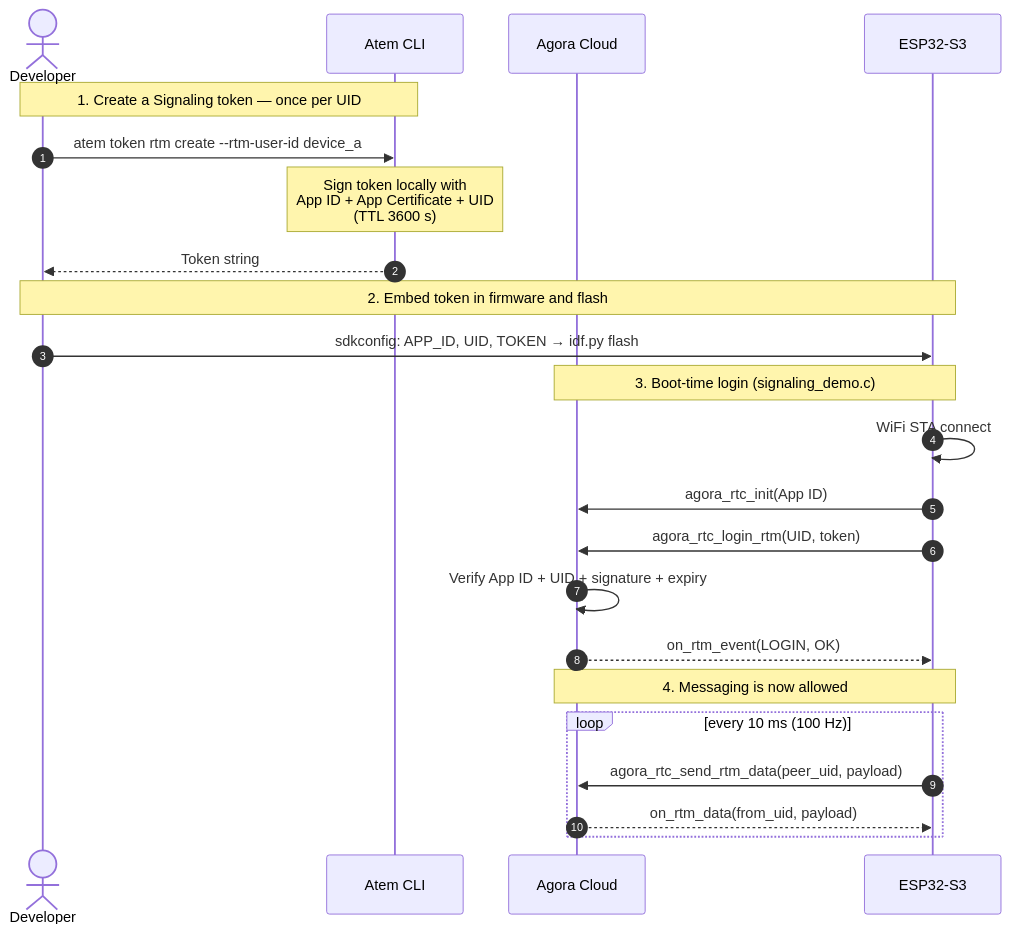
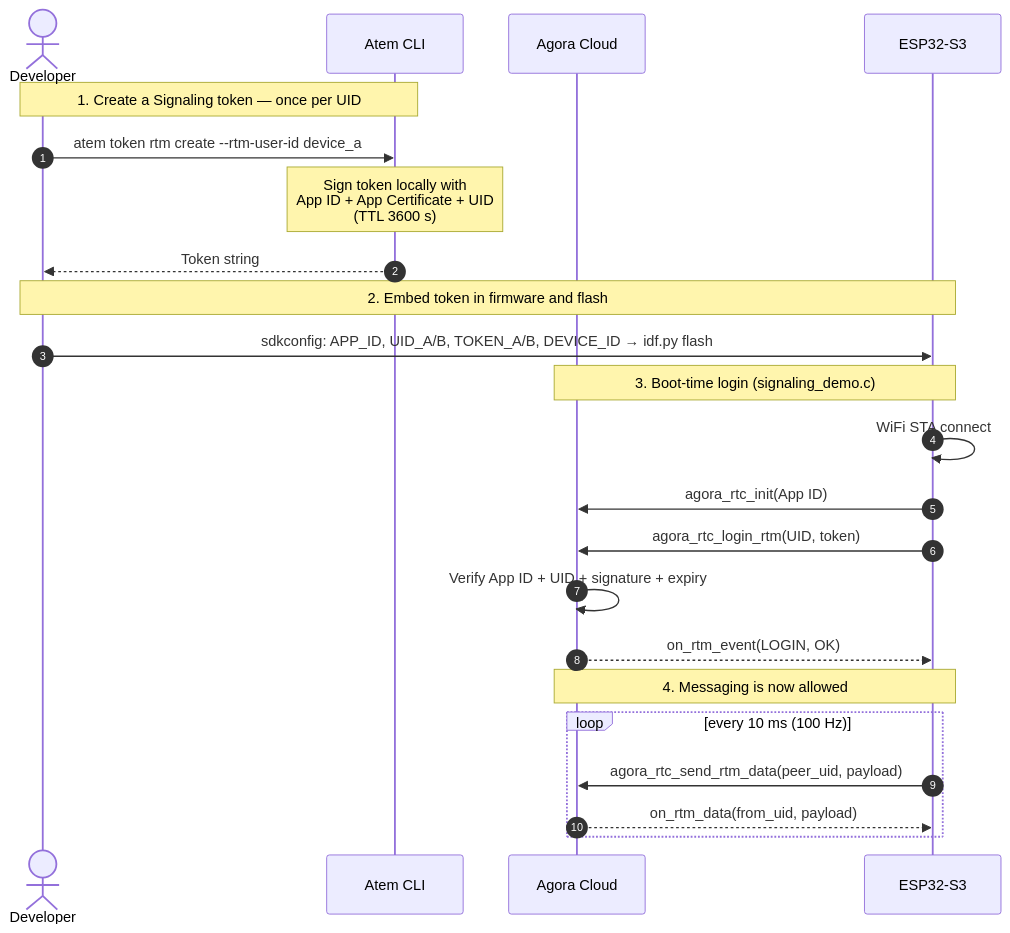
One commit to Agora-Build/HapticHatch changed the second of 2 diagrams in README.md. Above: the diagram before and after it, drawn with Mermaid. The commit also changed other lines of this file and 3 other files, not shown here.

````diff
--- a/README.md
+++ b/README.md
@@ -85,29 +91,29 @@
 ```mermaid
 sequenceDiagram
     autonumber
     actor Dev as Developer
     participant Atem as Atem CLI
     participant Agora as Agora Cloud
     participant Device as ESP32-S3
 
     Note over Dev,Atem: 1. Create a Signaling token — once per UID
     Dev->>Atem: atem token rtm create --rtm-user-id device_a
     Note over Atem: Sign token locally with<br/>App ID + App Certificate + UID<br/>(TTL 3600 s)
     Atem-->>Dev: Token string
 
     Note over Dev,Device: 2. Embed token in firmware and flash
-    Dev->>Device: sdkconfig: APP_ID, UID, TOKEN → idf.py flash
+    Dev->>Device: sdkconfig: APP_ID, UID_A/B, TOKEN_A/B, DEVICE_ID → idf.py flash
 
     Note over Device,Agora: 3. Boot-time login (signaling_demo.c)
     Device->>Device: WiFi STA connect
     Device->>Agora: agora_rtc_init(App ID)
     Device->>Agora: agora_rtc_login_rtm(UID, token)
     Agora->>Agora: Verify App ID + UID + signature + expiry
     Agora-->>Device: on_rtm_event(LOGIN, OK)
 
     Note over Device,Agora: 4. Messaging is now allowed
     loop every 10 ms (100 Hz)
         Device->>Agora: agora_rtc_send_rtm_data(peer_uid, payload)
         Agora-->>Device: on_rtm_data(from_uid, payload)
     end
 ```
````
